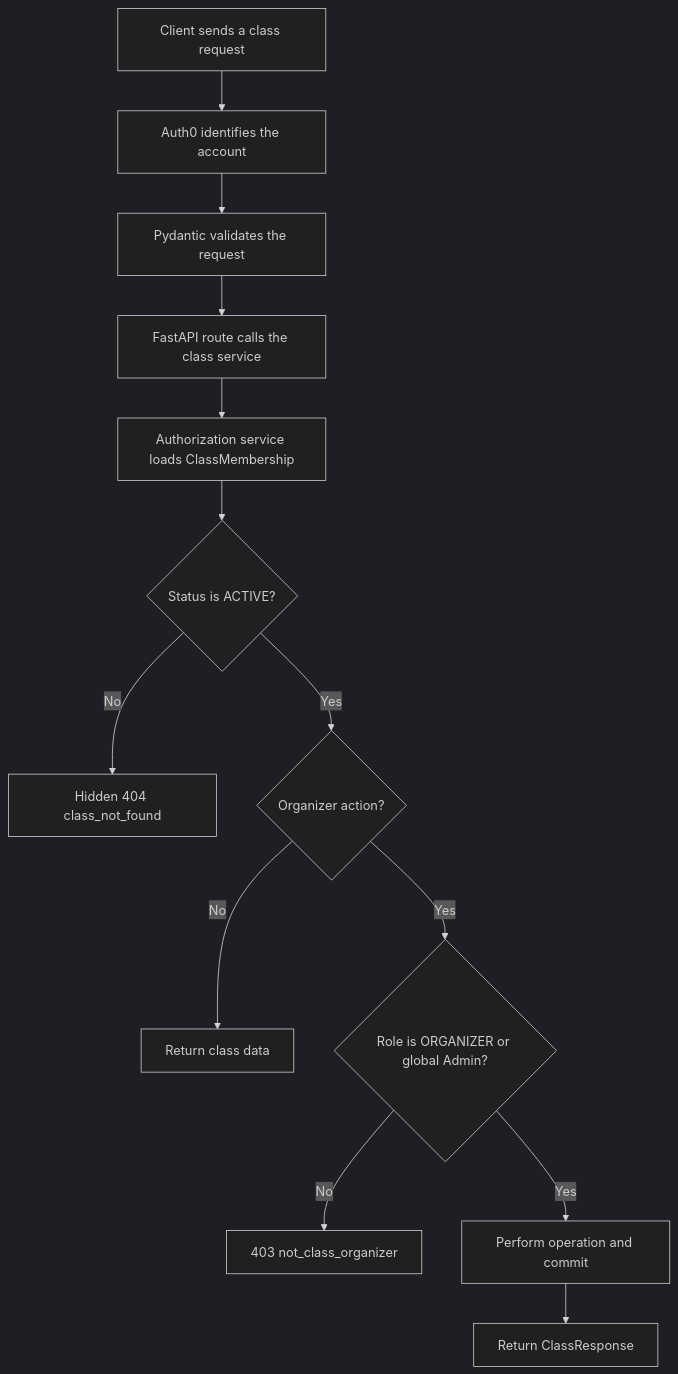
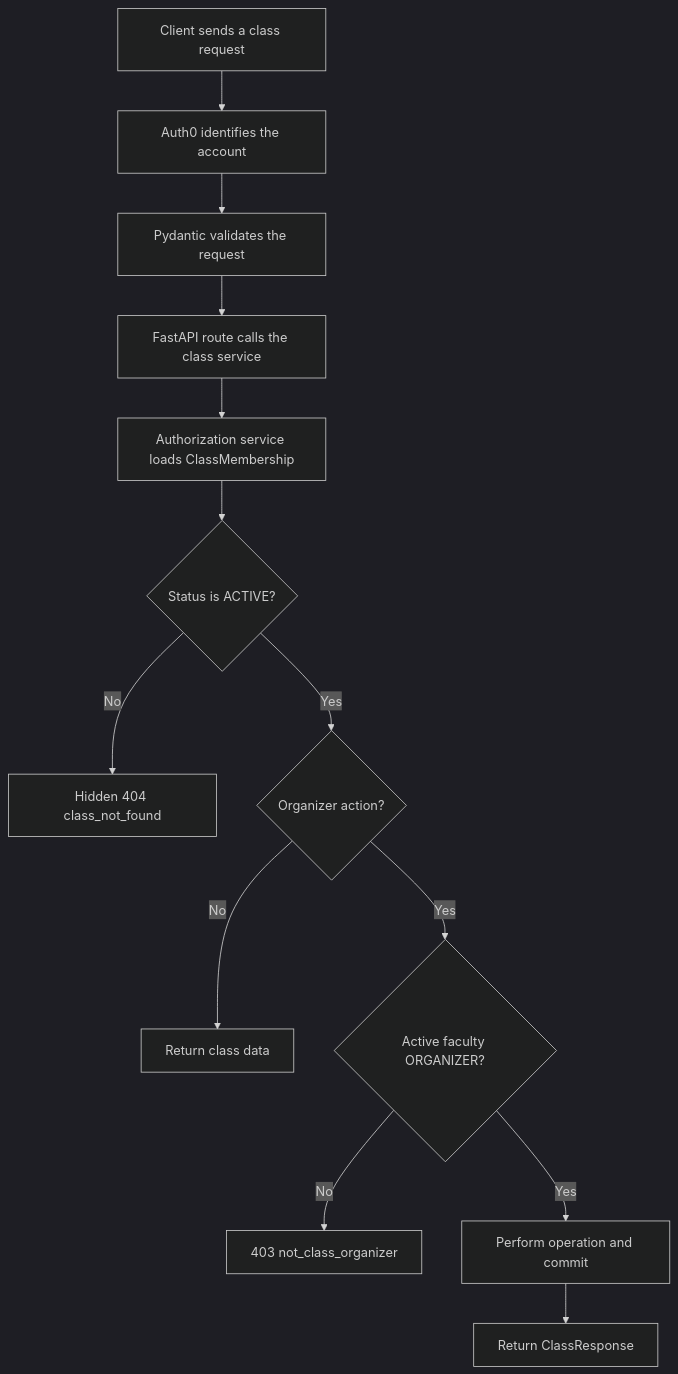
The diagram in docs/TASKS_2_3_CLASS_DEMO.md (sudo-nickPinto/CS440-Quiz-Platform), drawn with Mermaid (dark theme) before and after one commit. The commit also changed other lines of this file and 5 other files, not shown here.

````diff
--- a/docs/TASKS_2_3_CLASS_DEMO.md
+++ b/docs/TASKS_2_3_CLASS_DEMO.md
@@ -24,15 +24,15 @@
 ```mermaid
 flowchart TD
     A[Client sends a class request] --> B[Auth0 identifies the account]
     B --> C[Pydantic validates the request]
     C --> D[FastAPI route calls the class service]
     D --> E[Authorization service loads ClassMembership]
     E --> F{Status is ACTIVE?}
     F -->|No| G[Hidden 404 class_not_found]
     F -->|Yes| H{Organizer action?}
     H -->|No| I[Return class data]
-    H -->|Yes| J{Role is ORGANIZER or global Admin?}
+    H -->|Yes| J{Active faculty ORGANIZER?}
     J -->|No| K[403 not_class_organizer]
     J -->|Yes| L[Perform operation and commit]
     L --> M[Return ClassResponse]
 ```
````
